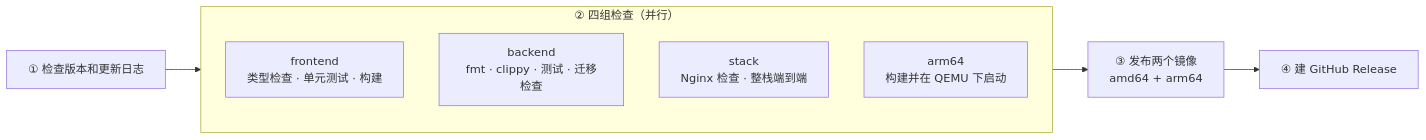
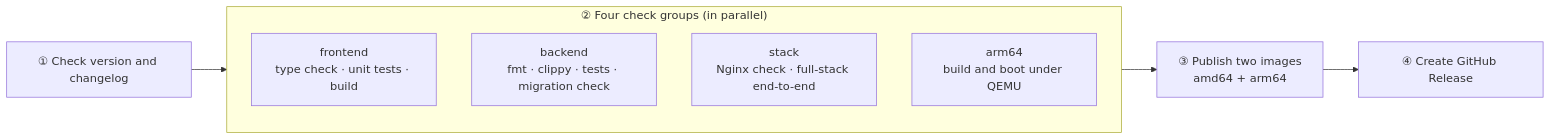
One commit to Yumin-Space/xexam changed the sixth of 6 diagrams in README.md. Above: the diagram before and after it, drawn with Mermaid. The commit also changed other lines of this file and 127 other files, not shown here.

````diff
--- a/README.md
+++ b/README.md
@@ -520,12 +558,12 @@
 ```mermaid
 flowchart LR
-    C["① 检查版本和更新日志"] --> T
-    subgraph T["② 四组检查（并行）"]
-        F["frontend<br/>类型检查 · 单元测试 · 构建"]
-        B["backend<br/>fmt · clippy · 测试 · 迁移检查"]
-        S["stack<br/>Nginx 检查 · 整栈端到端"]
-        A["arm64<br/>构建并在 QEMU 下启动"]
+    C["① Check version and changelog"] --> T
+    subgraph T["② Four check groups (in parallel)"]
+        F["frontend<br/>type check · unit tests · build"]
+        B["backend<br/>fmt · clippy · tests · migration check"]
+        S["stack<br/>Nginx check · full-stack end-to-end"]
+        A["arm64<br/>build and boot under QEMU"]
     end
-    T --> P["③ 发布两个镜像<br/>amd64 + arm64"]
-    P --> R["④ 建 GitHub Release"]
+    T --> P["③ Publish two images<br/>amd64 + arm64"]
+    P --> R["④ Create GitHub Release"]
 ```
````
